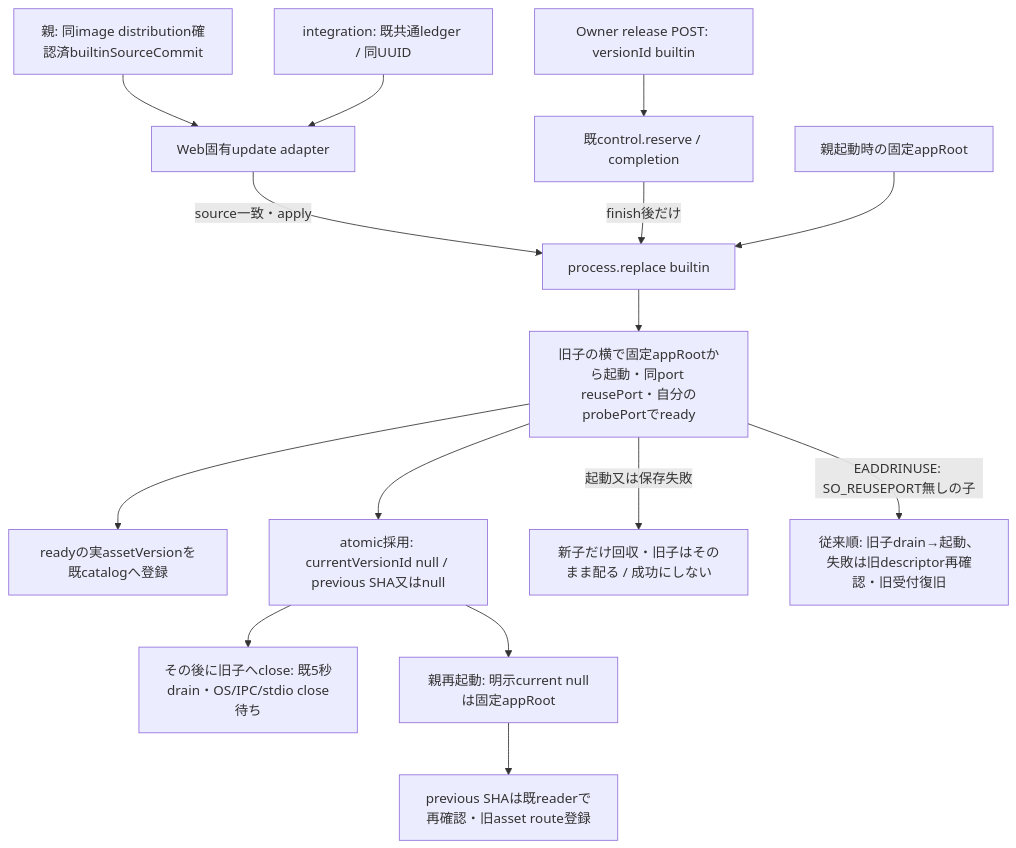
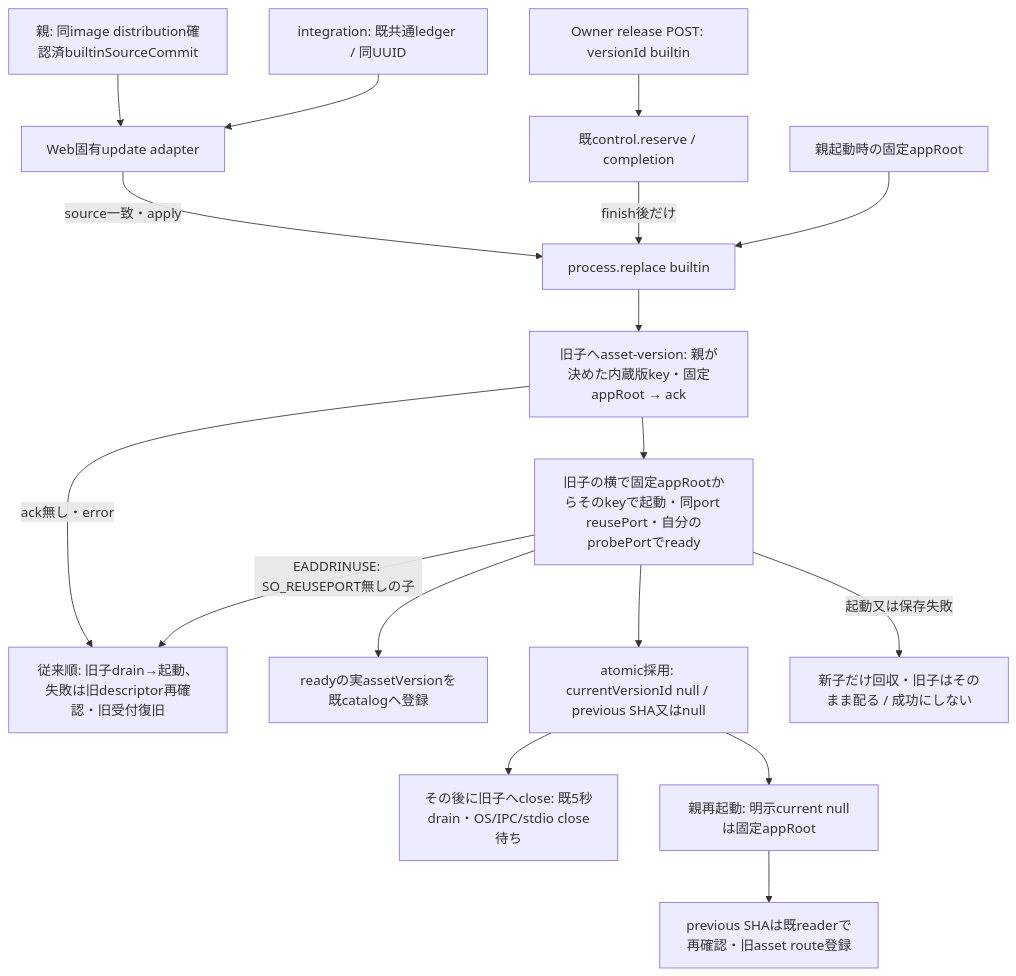
One commit to kitepon/BellTeam changed the diagram in docs/architecture/modules/web/gateway-builtin.md. Above: the diagram before and after it, drawn with Mermaid. The commit also changed other lines of this file and 5 other files, not shown here.

````diff
--- a/docs/architecture/modules/web/gateway-builtin.md
+++ b/docs/architecture/modules/web/gateway-builtin.md
@@ -5,17 +5,19 @@
 ```mermaid
 flowchart TD
   Owner[Owner release POST: versionId builtin] --> Control[既control.reserve / completion]
   Parent[親: 同image distribution確認済builtinSourceCommit] --> Adapter[Web固有update adapter]
   Ledger[integration: 既共通ledger / 同UUID] --> Adapter
   Adapter -->|source一致・apply| Replace
   Control -->|finish後だけ| Replace[process.replace builtin]
   Fixed[親起動時の固定appRoot] --> Replace
-  Replace --> Ready[旧子の横で固定appRootから起動・同port reusePort・自分のprobePortでready]
+  Replace --> Share[旧子へasset-version: 親が決めた内蔵版key・固定appRoot → ack]
+  Share -->|ack無し・error| Fallback
+  Share --> Ready[旧子の横で固定appRootからそのkeyで起動・同port reusePort・自分のprobePortでready]
   Ready --> Assets[readyの実assetVersionを既catalogへ登録]
   Ready --> Adoption[atomic採用: currentVersionId null / previous SHA又はnull]
   Adoption --> Stop[その後に旧子へclose: 既5秒drain・OS/IPC/stdio close待ち]
   Adoption --> Reload[親再起動: 明示current nullは固定appRoot]
   Reload --> Previous[previous SHAは既readerで再確認・旧asset route登録]
   Ready -->|起動又は保存失敗| Keep[新子だけ回収・旧子はそのまま配る / 成功にしない]
   Ready -->|EADDRINUSE: SO_REUSEPORT無しの子| Fallback[従来順: 旧子drain→起動、失敗は旧descriptor再確認・旧受付復旧]
 ```
````
